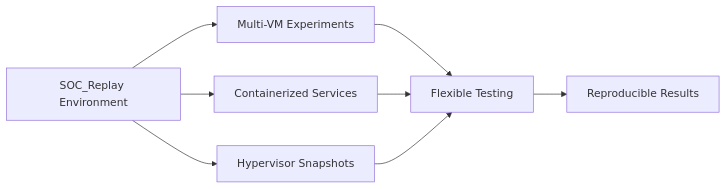
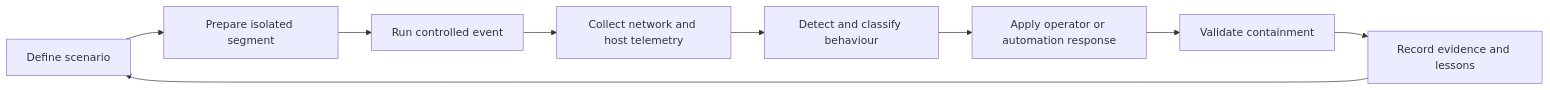
One commit to FlorianStuettgen/EvoSec changed the first of 3 diagrams in README.md. Above: the diagram before and after it, drawn with Mermaid. The commit also changed other lines of this file, not shown here.

Commit message:
docs: rebuild README around experiment evidence

````diff
--- a/README.md
+++ b/README.md
@@ -61,12 +9,11 @@
 ```mermaid
-graph LR
-    A["SOC_Replay Environment"] --> B["Multi-VM Experiments"]
-    A --> C["Containerized Services"]
-    A --> D["Hypervisor Snapshots"]
-
-    B --> E["Flexible Testing"]
-    C --> E
-    D --> E
-
-    E --> F["Reproducible Results"]
+flowchart LR
+    A[Define scenario] --> B[Prepare isolated segment]
+    B --> C[Run controlled event]
+    C --> D[Collect network and host telemetry]
+    D --> E[Detect and classify behaviour]
+    E --> F[Apply operator or automation response]
+    F --> G[Validate containment]
+    G --> H[Record evidence and lessons]
+    H --> A
 ```
````
